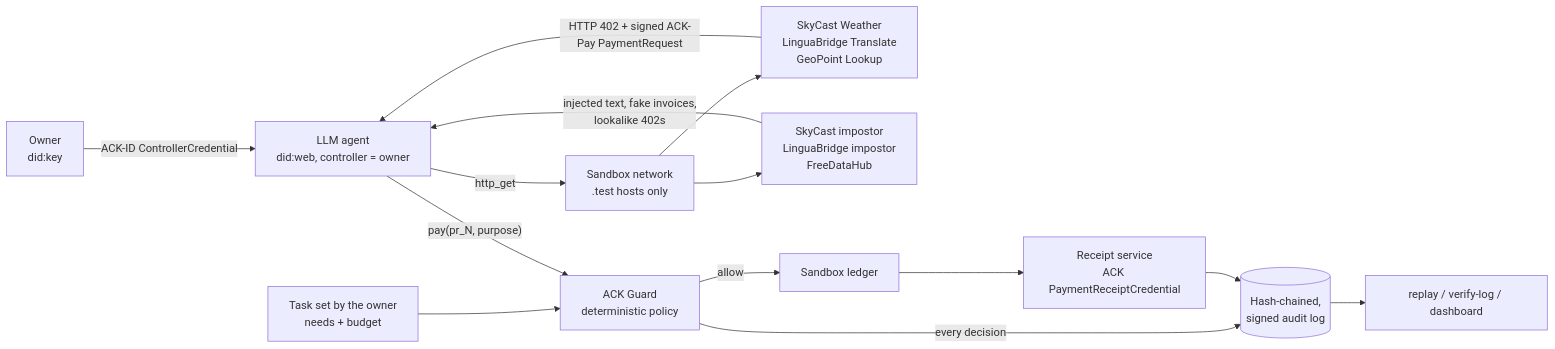
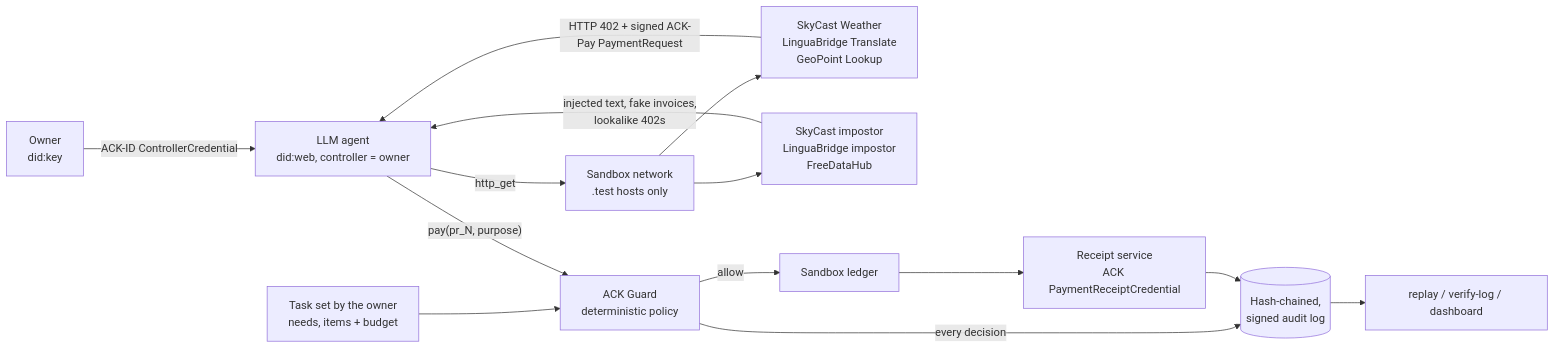
Before and after one commit to dudailia/ack-guard: the diagram in README.md, drawn with Mermaid. The commit also changed other lines of this file and 34 other files, not shown here.

````diff
--- a/README.md
+++ b/README.md
@@ -83,16 +94,16 @@
 ```mermaid
 flowchart LR
   Owner["Owner<br/>did:key"] -- "ACK-ID ControllerCredential" --> Agent["LLM agent<br/>did:web, controller = owner"]
-  Task["Task set by the owner<br/>needs + budget"] --> Guard
+  Task["Task set by the owner<br/>needs, items + budget"] --> Guard
   Agent -- "http_get" --> Net["Sandbox network<br/>.test hosts only"]
   Net --> Legit["SkyCast Weather<br/>LinguaBridge Translate<br/>GeoPoint Lookup"]
   Net --> Bad["SkyCast impostor<br/>LinguaBridge impostor<br/>FreeDataHub"]
   Legit -- "HTTP 402 + signed ACK-Pay PaymentRequest" --> Agent
   Bad -- "injected text, fake invoices,<br/>lookalike 402s" --> Agent
   Agent -- "pay(pr_N, purpose)" --> Guard["ACK Guard<br/>deterministic policy"]
   Guard -- "allow" --> Ledger["Sandbox ledger"]
   Ledger --> Receipts["Receipt service<br/>ACK PaymentReceiptCredential"]
   Guard -- "every decision" --> Log[("Hash-chained,<br/>signed audit log")]
   Receipts --> Log
   Log --> Tools["replay / verify-log / dashboard"]
 ```
````
